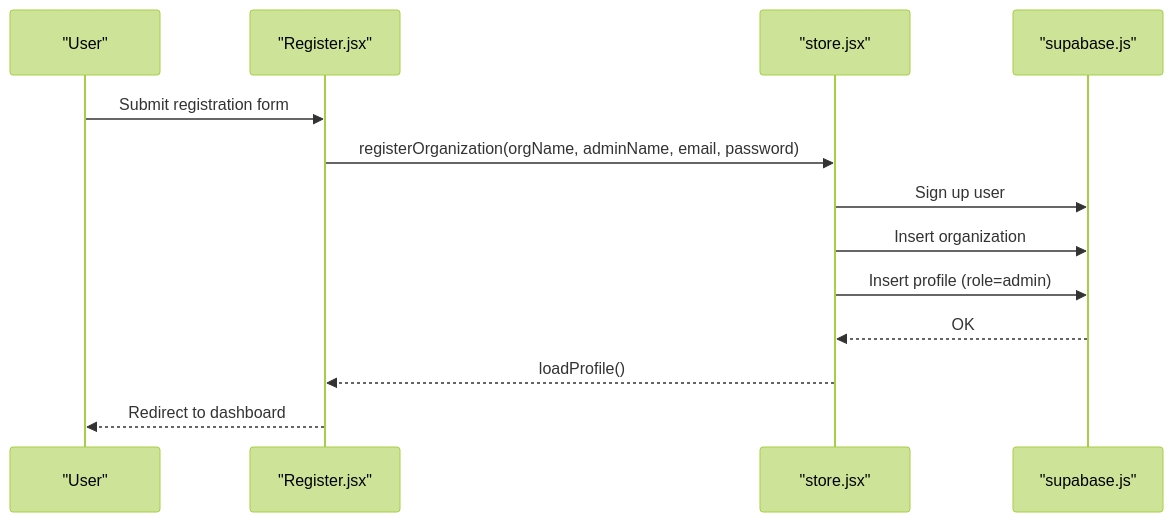
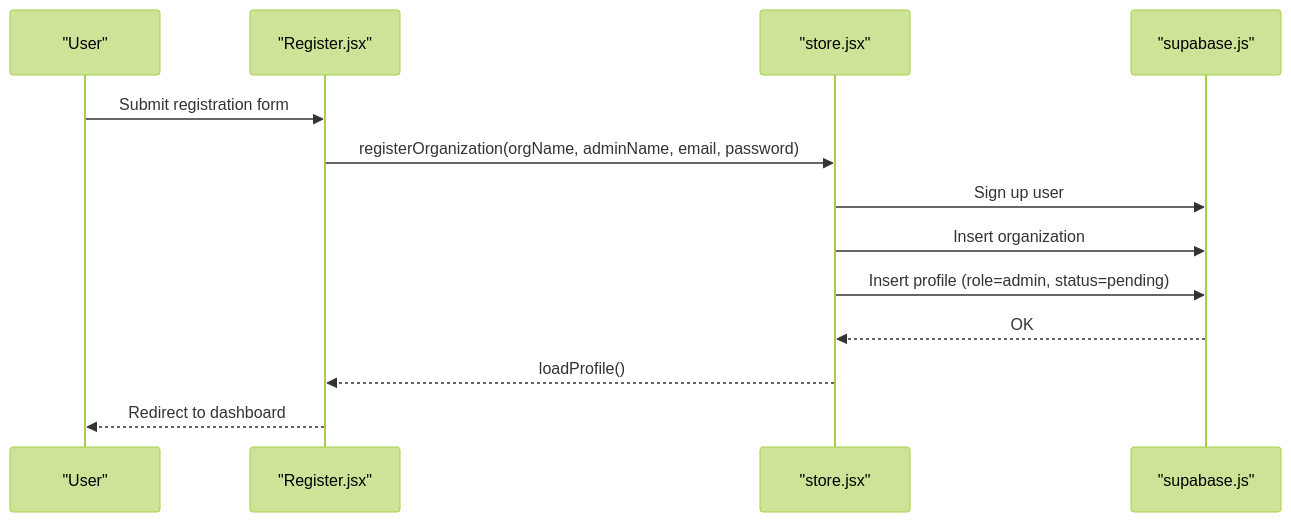
The seventh of 9 diagrams in .qoder/repowiki/en/content/Ministry Organization.md (netdaniel/serveflow), drawn with Mermaid (forest theme) before and after one commit. The commit also changed other lines of this file and 15 other files, not shown here.

````diff
--- a/.qoder/repowiki/en/content/Ministry Organization.md
+++ b/.qoder/repowiki/en/content/Ministry Organization.md
@@ -331,15 +365,15 @@
 ```mermaid
 sequenceDiagram
 participant U as "User"
 participant Reg as "Register.jsx"
 participant S as "store.jsx"
 participant SB as "supabase.js"
 U->>Reg : Submit registration form
 Reg->>S : registerOrganization(orgName, adminName, email, password)
 S->>SB : Sign up user
 S->>SB : Insert organization
-S->>SB : Insert profile (role=admin)
+S->>SB : Insert profile (role=admin, status=pending)
 SB-->>S : OK
 S-->>Reg : loadProfile()
 Reg-->>U : Redirect to dashboard
 ```
````
